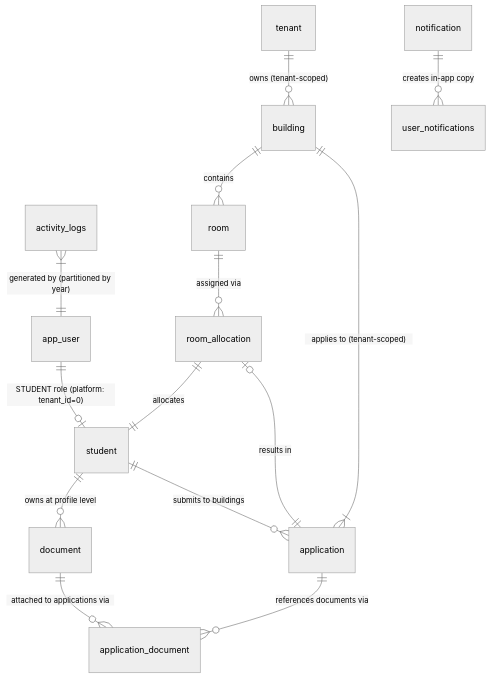
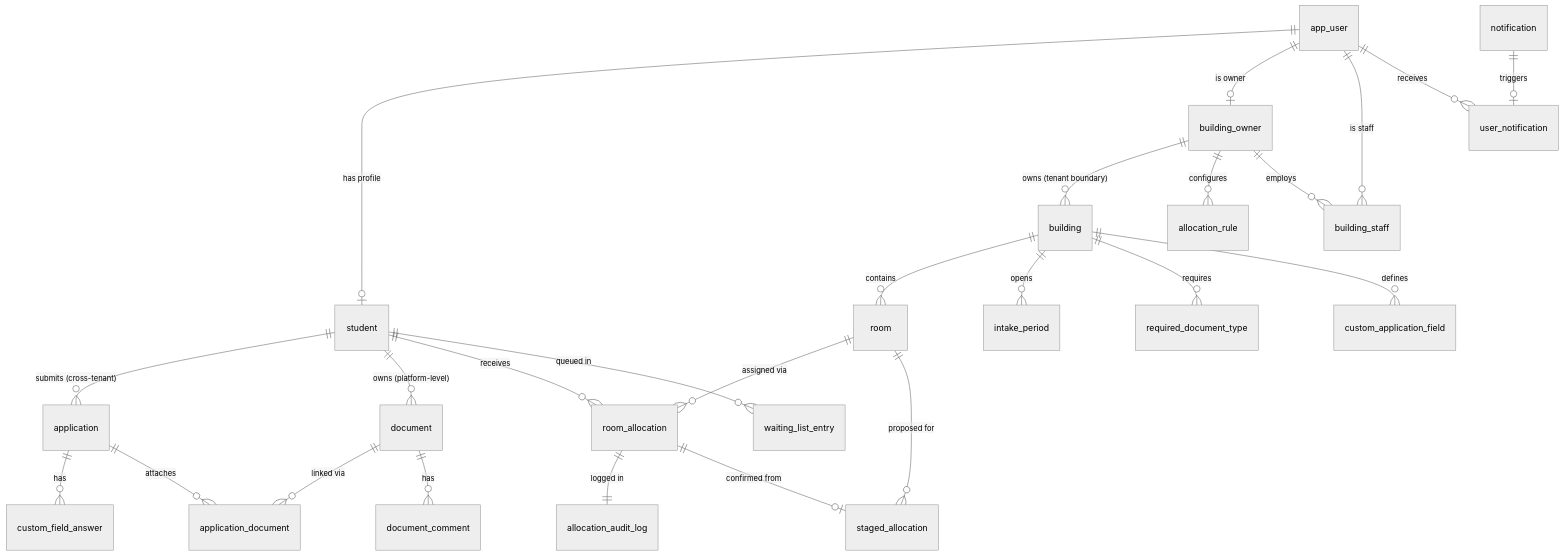
One commit to beezhub/student-accommodation-system changed the fourth of 7 diagrams in Architecture.md. Above: the diagram before and after it, drawn with Mermaid (neutral theme). The commit also changed other lines of this file, not shown here.

First line of the commit message:
docs(architecture): update Architecture.md to v1.1 with full codebase reassessment

````diff
--- a/Architecture.md
+++ b/Architecture.md
@@ -594,16 +511,35 @@
 ```mermaid
 erDiagram
-  tenant ||--o{ building : "owns (tenant-scoped)"
-  app_user ||--o| student : "STUDENT role (platform: tenant_id=0)"
-  student ||--o{ application : "submits to buildings"
-  student ||--o{ document : "owns at profile level"
-  document ||--o{ application_document : "attached to applications via"
-  application ||--o{ application_document : "references documents via"
-  application ||--o| room_allocation : "results in"
-  application }|--|| building : "applies to (tenant-scoped)"
-  building ||--o{ room : "contains"
-  room ||--o{ room_allocation : "assigned via"
-  room_allocation ||--|| student : "allocates"
-  notification ||--o{ user_notifications : "creates in-app copy"
-  activity_logs }|--|| app_user : "generated by (partitioned by year)"
+    app_user ||--o| student : "has profile"
+    app_user ||--o| building_owner : "is owner"
+    app_user ||--o{ building_staff : "is staff"
+    app_user ||--o{ user_notification : "receives"
+
+    building_owner ||--o{ building : "owns (tenant boundary)"
+    building_owner ||--o{ allocation_rule : "configures"
+    building_owner ||--o{ building_staff : "employs"
+
+    building ||--o{ room : "contains"
+    building ||--o{ intake_period : "opens"
+    building ||--o{ required_document_type : "requires"
+    building ||--o{ custom_application_field : "defines"
+
+    room ||--o{ room_allocation : "assigned via"
+    room ||--o{ staged_allocation : "proposed for"
+
+    student ||--o{ application : "submits (cross-tenant)"
+    student ||--o{ document : "owns (platform-level)"
+    student ||--o{ room_allocation : "receives"
+    student ||--o{ waiting_list_entry : "queued in"
+
+    application ||--o{ custom_field_answer : "has"
+    application ||--o{ application_document : "attaches"
+
+    document ||--o{ application_document : "linked via"
+    document ||--o{ document_comment : "has"
+
+    room_allocation ||--|| allocation_audit_log : "logged in"
+    room_allocation ||--o| staged_allocation : "confirmed from"
+
+    notification ||--o| user_notification : "triggers"
 ```
````
